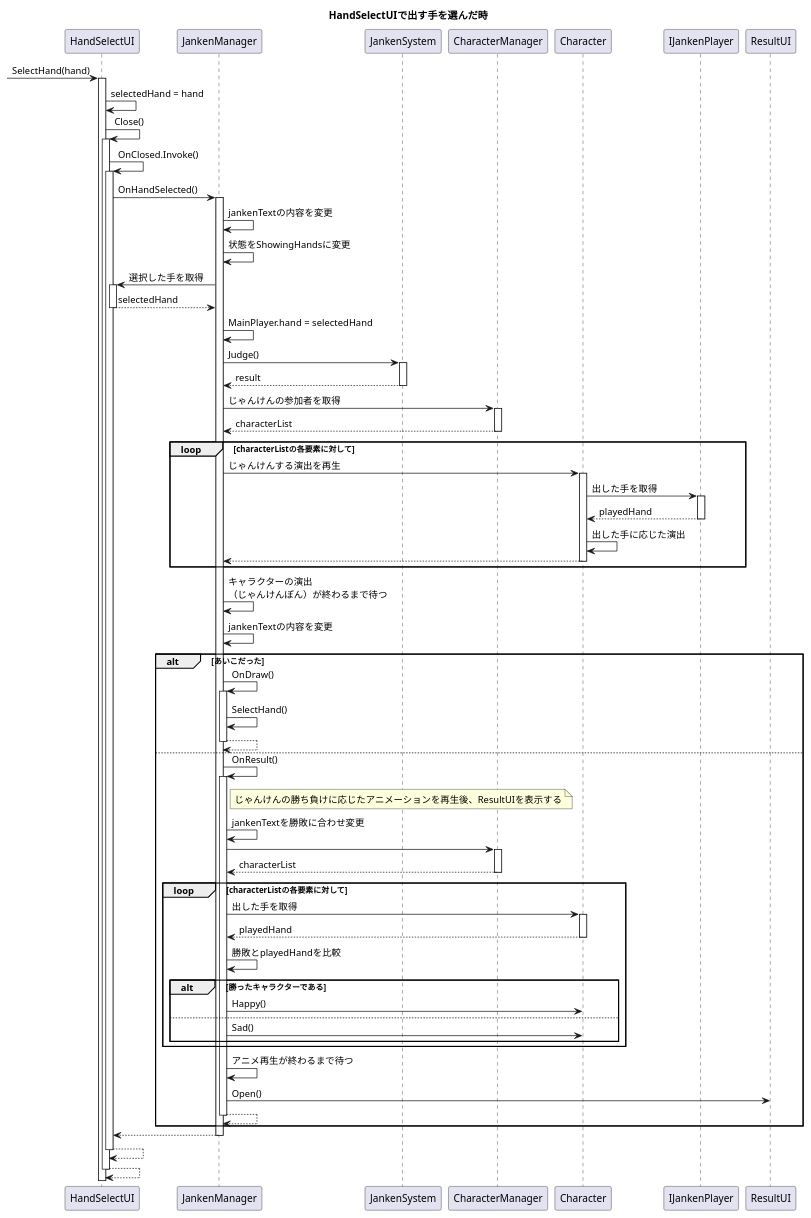
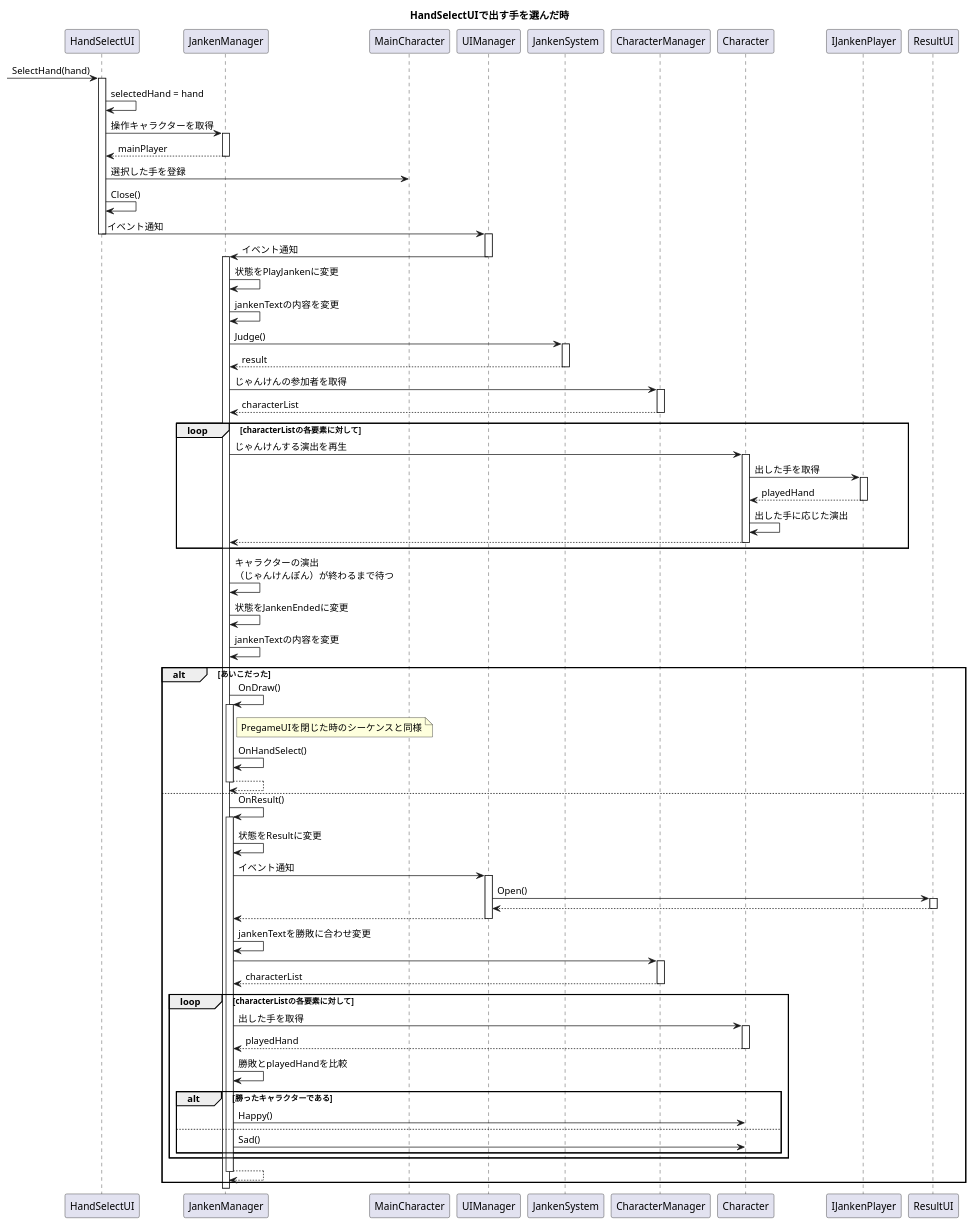
One commit to doragonn777/Minigames changed the seventh of 11 diagrams in UML/Sequence/GameSequence.wsd. Above: the diagram before and after it, drawn with PlantUML. The commit also changed other lines of this file and 1 other file, not shown here.

```diff
--- a/UML/Sequence/GameSequence.wsd
+++ b/UML/Sequence/GameSequence.wsd
@@ -164,93 +183,104 @@
 @startuml
 title HandSelectUIで出す手を選んだ時
 autoactivate on
 
 -> HandSelectUI : SelectHand(hand)
 
 autoactivate off
 HandSelectUI -> HandSelectUI : selectedHand = hand
 
-autoactivate on
+HandSelectUI -> JankenManager : 操作キャラクターを取得
+activate JankenManager
+JankenManager --> HandSelectUI : mainPlayer
+deactivate JankenManager
+
+HandSelectUI -> MainCharacter : 選択した手を登録
+
 HandSelectUI -> HandSelectUI : Close()
-HandSelectUI -> HandSelectUI : OnClosed.Invoke()
 
-HandSelectUI -> JankenManager : OnHandSelected()
 
-autoactivate off
+HandSelectUI -> UIManager : イベント通知
+deactivate HandSelectUI
+activate UIManager
+
+UIManager -> JankenManager : イベント通知
+deactivate UIManager
+activate JankenManager
+
+JankenManager -> JankenManager : 状態をPlayJankenに変更
 JankenManager -> JankenManager : jankenTextの内容を変更
-JankenManager -> JankenManager : 状態をShowingHandsに変更
 autoactivate on
 
-JankenManager -> HandSelectUI : 選択した手を取得
-return selectedHand
-
-autoactivate off
-JankenManager -> JankenManager : MainPlayer.hand = selectedHand
-autoactivate on
 
 JankenManager -> JankenSystem : Judge()
 return result
 
 JankenManager -> CharacterManager : じゃんけんの参加者を取得
 return characterList
 
 loop characterListの各要素に対して
 autoactivate off
 JankenManager -> Character : じゃんけんする演出を再生
 activate Character
 Character -> IJankenPlayer : 出した手を取得
 activate IJankenPlayer
 IJankenPlayer --> Character : playedHand
 deactivate IJankenPlayer
 Character -> Character : 出した手に応じた演出
 Character --> JankenManager
 deactivate Character
 end
 
 JankenManager -> JankenManager : キャラクターの演出\n（じゃんけんぽん）が終わるまで待つ
+
+JankenManager -> JankenManager : 状態をJankenEndedに変更
+
 JankenManager -> JankenManager : jankenTextの内容を変更
 autoactivate on
 
 
 alt あいこだった
 JankenManager -> JankenManager : OnDraw()
 autoactivate off
-JankenManager -> JankenManager : SelectHand()
+note right of JankenManager : PregameUIを閉じた時のシーケンスと同様
+JankenManager -> JankenManager : OnHandSelect()
 autoactivate on
 return
 
 else
 JankenManager -> JankenManager : OnResult()
-note right of JankenManager : じゃんけんの勝ち負けに応じたアニメーションを再生後、ResultUIを表示する
 
+autoactivate off
+JankenManager -> JankenManager : 状態をResultに変更
+autoactivate on
+JankenManager -> UIManager : イベント通知
+UIManager -> ResultUI : Open()
+return
+return
 
 autoactivate off
 JankenManager -> JankenManager : jankenTextを勝敗に合わせ変更
 autoactivate on
 
 JankenManager -> CharacterManager
 return characterList
 loop characterListの各要素に対して
 autoactivate off
 JankenManager -> Character : 出した手を取得
 activate Character
 Character --> JankenManager : playedHand
 deactivate Character
 
 JankenManager -> JankenManager : 勝敗とplayedHandを比較
 
 alt 勝ったキャラクターである
 JankenManager -> Character : Happy()
 else
 JankenManager -> Character : Sad()
 end
 end
-JankenManager -> JankenManager : アニメ再生が終わるまで待つ
-JankenManager -> ResultUI : Open()
-
 return
 end
-return
-return
-return
+
+
 @enduml
```
